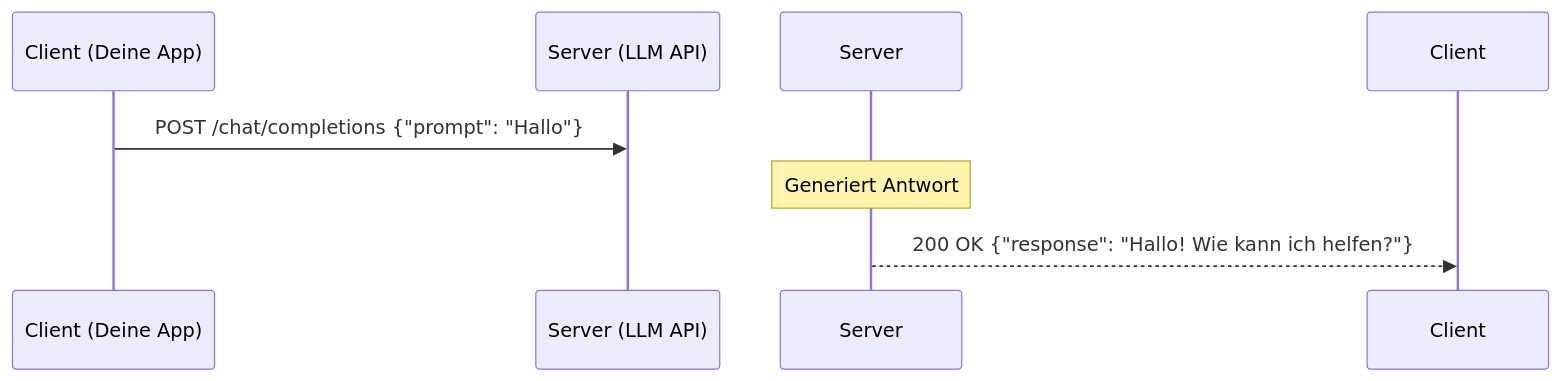
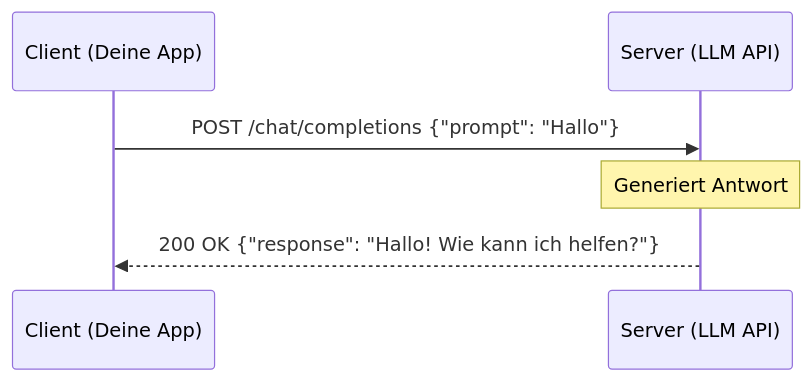
Before and after one commit to thorstenkloehn/dokument: the second of 7 diagrams in docs/künstliche-intelligenz/coding/ki-anwendungen-programmieren.md, drawn with Mermaid.

Commit message:
docs: Mermaid-Sequenzdiagramm in ki-anwendungen-programmieren mit participant-Aliassen korrigieren
Klammern in Akteur-Namen ohne Alias führten dazu, dass Mermaid vier statt
zwei Teilnehmer anlegte. Jetzt "participant C as ..." / "participant S as ...".

Claude-Session: https://claude.ai/code/session_0188wJHNP8vAwRvB7TEN1vUM

````diff
--- a/docs/künstliche-intelligenz/coding/ki-anwendungen-programmieren.md
+++ b/docs/künstliche-intelligenz/coding/ki-anwendungen-programmieren.md
@@ -71,6 +71,8 @@
 ```mermaid
 sequenceDiagram
-    Client (Deine App) ->> Server (LLM API): POST /chat/completions {"prompt": "Hallo"}
-    Note over Server: Generiert Antwort
-    Server -->> Client: 200 OK {"response": "Hallo! Wie kann ich helfen?"}
+    participant C as Client (Deine App)
+    participant S as Server (LLM API)
+    C ->> S: POST /chat/completions {"prompt": "Hallo"}
+    Note over S: Generiert Antwort
+    S -->> C: 200 OK {"response": "Hallo! Wie kann ich helfen?"}
 ```
````
